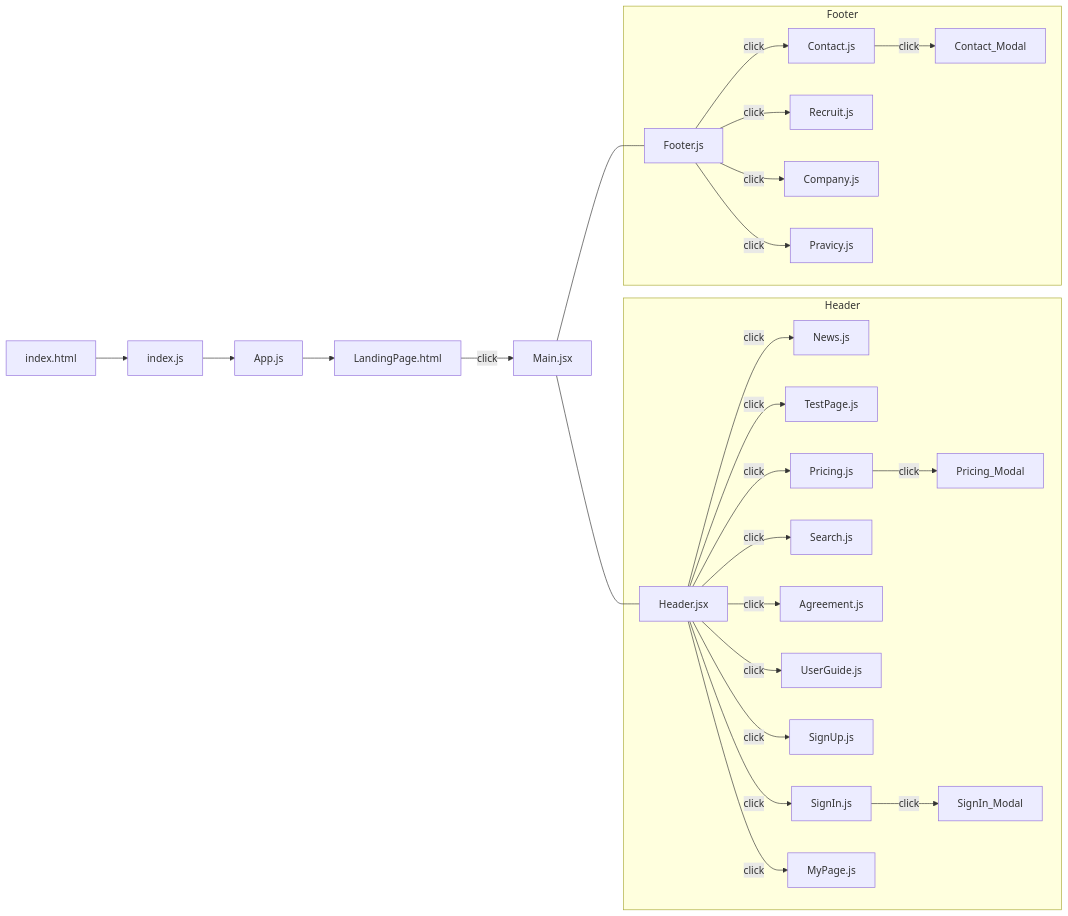
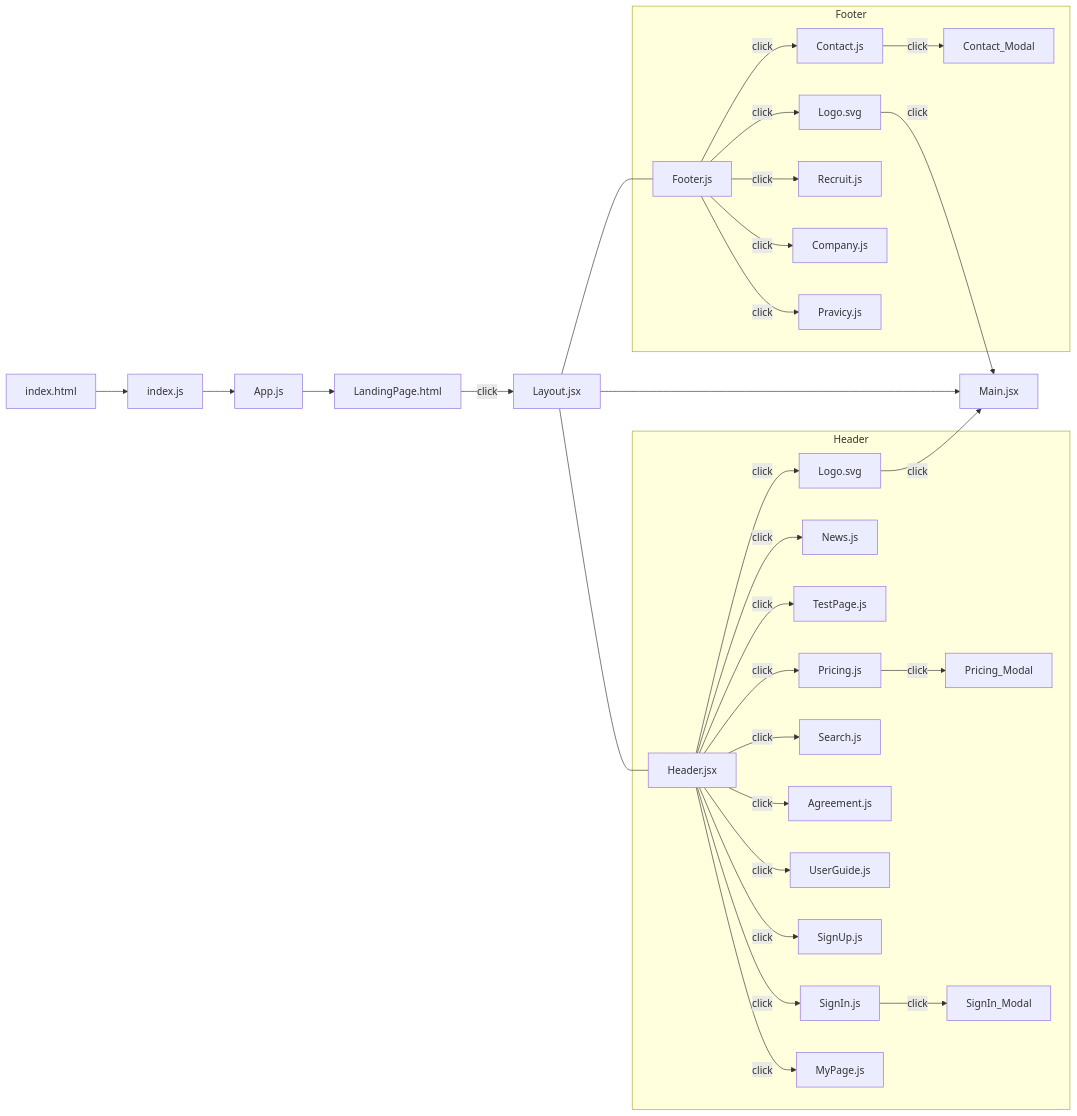
Before and after one commit to tatsuhidehirakawa/ReactTestSite: the diagram in k_01_src/110wbs_src/README.md, drawn with Mermaid. The commit also changed 3 other files, not shown here.

````diff
--- a/k_01_src/110wbs_src/README.md
+++ b/k_01_src/110wbs_src/README.md
@@ -3,33 +3,40 @@
 ```mermaid
 flowchart LR
   idh[index.html] --> idj[index.js]
   idj --> apj[App.js]
   apj --> lph[LandingPage.html]
-  lph --> |click|maj[Main.jsx]
-  maj --- hej[Header.jsx]
-  maj --- ftj[Footer.js]
+  lph --> |click|lot[Layout.jsx]
+  lot --- hej[Header.jsx]
+  lot --- ftj[Footer.js]
+  lot --> maj[Footer.js]
 
 subgraph funcA [Header]
+  hej --> |click|alog[Logo.svg]
   hej --> |click|pa[News.js]
   hej --> |click|tp[TestPage.js]
   hej --> |click|pcj[Pricing.js]
   pcj --> |click|pcm[Pricing_Modal]
 
   hej --> |click|ij[Search.js]
 
   hej --> |click|ag[Agreement.js]
   hej --> |click|ug[UserGuide.js]
   hej --> |click|su[SignUp.js]
   hej --> |click|sij[SignIn.js]
   hej --> |click|mp[MyPage.js]
   sij --> |click|sim[SignIn_Modal]
 end
 
 subgraph funcD [Footer]
+  ftj --> |click|blog[Logo.svg]
   ftj --> |click|ct[Contact.js]
   ftj --> |click|rt[Recruit.js]
   ftj --> |click|cy[Company.js]
   ftj --> |click|pr[Pravicy.js]
   ct --> |click|ctm[Contact_Modal]
 end
+
+  alog --> |click|maj[Main.jsx]
+  blog --> |click|maj[Main.jsx]
+
 ```
````
